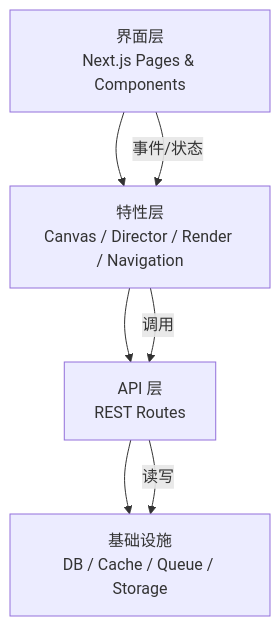
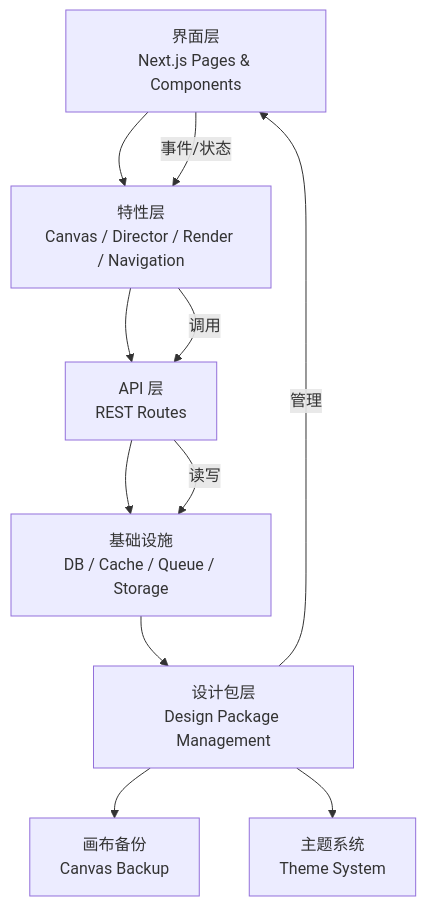
The second of 9 diagrams in .qoder/repowiki/zh/content/UI 组件库/设计系统/PurpleInk v3 设计系统.md (AIMFllyYS/code-video-canvas), drawn with Mermaid before and after one commit. The commit also changed other lines of this file and 44 other files, not shown here.

````diff
--- a/.qoder/repowiki/zh/content/UI 组件库/设计系统/PurpleInk v3 设计系统.md
+++ b/.qoder/repowiki/zh/content/UI 组件库/设计系统/PurpleInk v3 设计系统.md
@@ -290,9 +315,13 @@
 ```mermaid
 graph TB
 UI["界面层<br/>Next.js Pages & Components"] --> Features["特性层<br/>Canvas / Director / Render / Navigation"]
 Features --> API["API 层<br/>REST Routes"]
 API --> Infra["基础设施<br/>DB / Cache / Queue / Storage"]
+Infra --> DesignPack["设计包层<br/>Design Package Management"]
+DesignPack --> CanvasBackup["画布备份<br/>Canvas Backup"]
+DesignPack --> ThemeSystem["主题系统<br/>Theme System"]
 UI --> |事件/状态| Features
 Features --> |调用| API
 API --> |读写| Infra
+DesignPack --> |管理| UI
 ```
````
